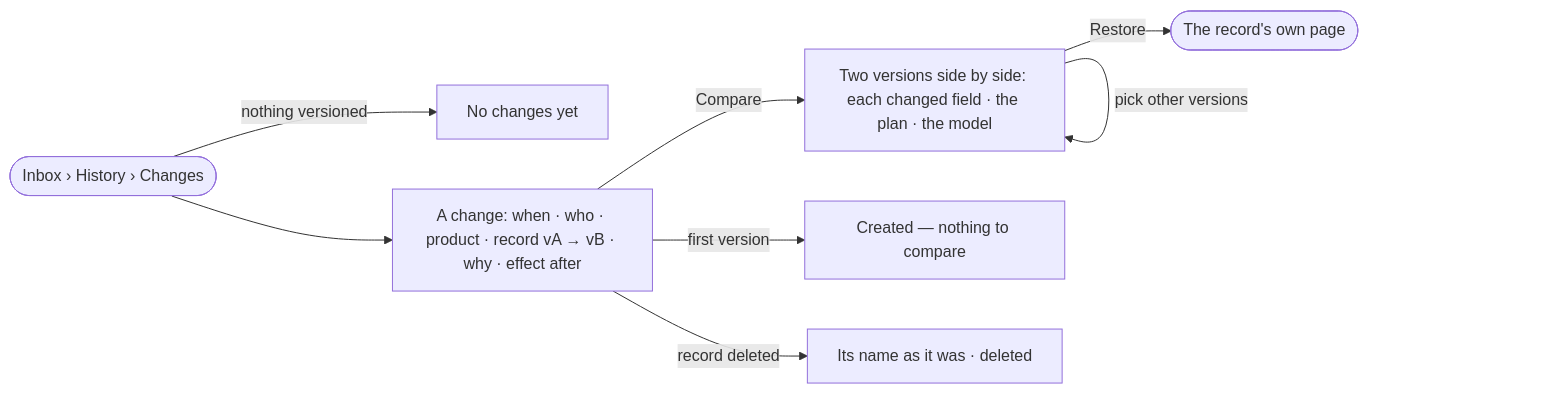
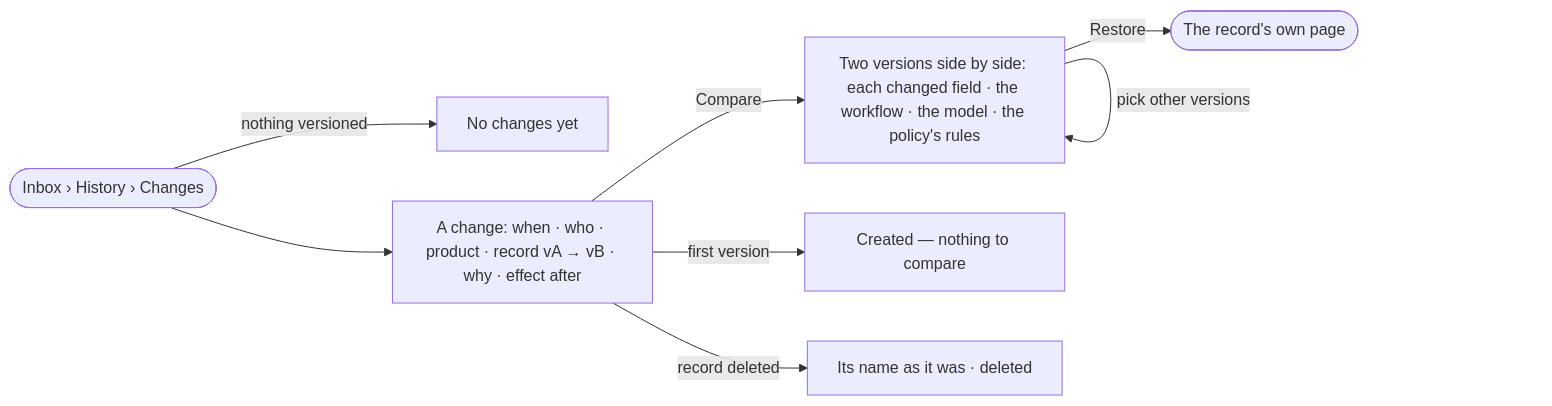
The diagram in specs/os/access/features/AC-F06-history/stories/AC-17-see-every-change-and-compare-two-versions/story.md (invana/invana), drawn with Mermaid before and after one commit. The commit also changed other lines of this file and 522 other files, not shown here.

````diff
--- a/specs/os/access/features/AC-F06-history/stories/AC-17-see-every-change-and-compare-two-versions/story.md
+++ b/specs/os/access/features/AC-F06-history/stories/AC-17-see-every-change-and-compare-two-versions/story.md
@@ -27,10 +27,10 @@
 ```mermaid
 flowchart LR
   s([Inbox › History › Changes]) -->|nothing versioned| e["No changes yet"]
   s --> c["A change: when · who · product · record vA → vB · why · effect after"]
-  c -->|Compare| cmp["Two versions side by side: each changed field · the plan · the model"]
+  c -->|Compare| cmp["Two versions side by side: each changed field · the workflow · the model · the policy's rules"]
   cmp -->|pick other versions| cmp
   c -->|first version| one["Created — nothing to compare"]
   c -->|record deleted| del["Its name as it was · deleted"]
   cmp -->|Restore| own(["The record's own page"])
 ```
````
